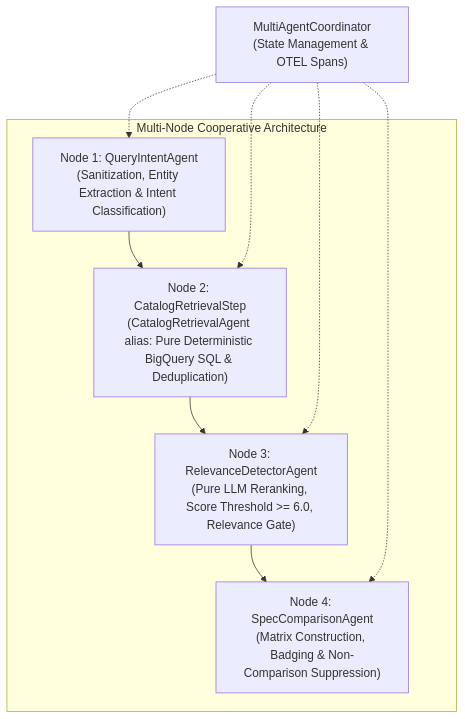
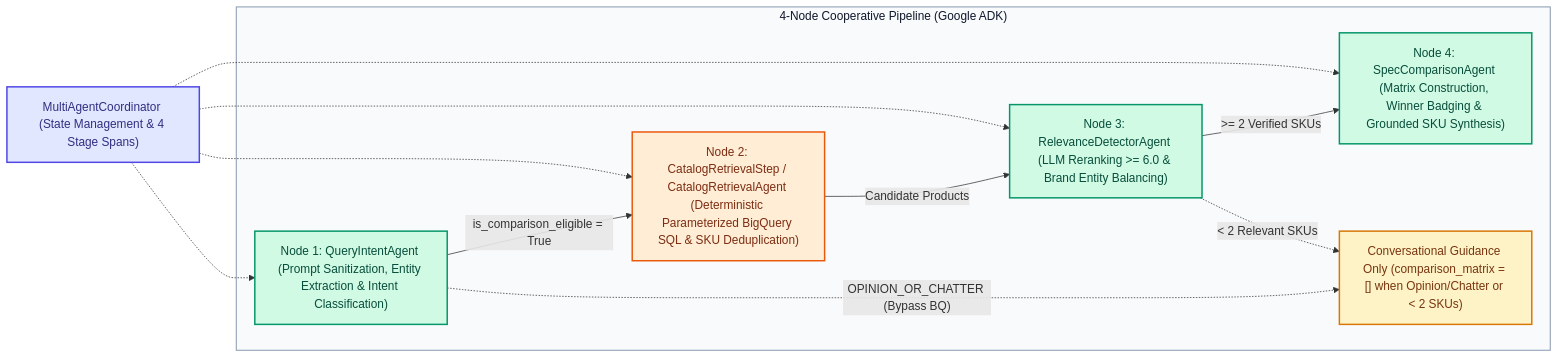
The fourth of 14 diagrams in ARCHITECTURE.md (willie3838/williamc-ecomm-capstone), drawn with Mermaid before and after one commit. The commit also changed other lines of this file and 2 other files, not shown here.

Commit message:
docs: add 6-zone visual architecture diagram, color-coded Mermaid diagrams, and live Cloud Run links to README and ARCHITECTURE

````diff
--- a/ARCHITECTURE.md
+++ b/ARCHITECTURE.md
@@ -215,12 +264,26 @@
 ```mermaid
-flowchart TD
-    subgraph MultiAgent["Multi-Node Cooperative Architecture"]
-        Q["Node 1: QueryIntentAgent\n(Sanitization, Entity Extraction & Intent Classification)"] --> R["Node 2: CatalogRetrievalStep\n(CatalogRetrievalAgent alias: Pure Deterministic BigQuery SQL & Deduplication)"]
-        R --> RD["Node 3: RelevanceDetectorAgent\n(Pure LLM Reranking, Score Threshold >= 6.0, Relevance Gate)"]
-        RD --> S["Node 4: SpecComparisonAgent\n(Matrix Construction, Badging & Non-Comparison Suppression)"]
+flowchart LR
+    classDef coord fill:#e0e7ff,stroke:#4f46e5,stroke-width:2px,color:#312e81
+    classDef llmNode fill:#d1fae5,stroke:#059669,stroke-width:2px,color:#064e3b
+    classDef sqlNode fill:#ffedd5,stroke:#ea580c,stroke-width:2px,color:#7c2d12
+    classDef suppress fill:#fef3c7,stroke:#d97706,stroke-width:2px,color:#78350f
+
+    Coord["MultiAgentCoordinator (State Management & 4 Stage Spans)"]:::coord
+
+    subgraph MultiAgent ["4-Node Cooperative Pipeline (Google ADK)"]
+        Q["Node 1: QueryIntentAgent (Prompt Sanitization, Entity Extraction & Intent Classification)"]:::llmNode
+        R["Node 2: CatalogRetrievalStep / CatalogRetrievalAgent (Deterministic Parameterized BigQuery SQL & SKU Deduplication)"]:::sqlNode
+        RD["Node 3: RelevanceDetectorAgent (LLM Reranking >= 6.0 & Brand Entity Balancing)"]:::llmNode
+        S["Node 4: SpecComparisonAgent (Matrix Construction, Winner Badging & Grounded SKU Synthesis)"]:::llmNode
+        G["Conversational Guidance Only (comparison_matrix = [] when Opinion/Chatter or < 2 SKUs)"]:::suppress
+
+        Q -->|"is_comparison_eligible = True"| R
+        Q -.->|"OPINION_OR_CHATTER (Bypass BQ)"| G
+        R -->|"Candidate Products"| RD
+        RD -->|">= 2 Verified SKUs"| S
+        RD -.->|"< 2 Relevant SKUs"| G
     end
-    Coord["MultiAgentCoordinator\n(State Management & OTEL Spans)"] -.-> Q
-    Coord -.-> R
-    Coord -.-> RD
-    Coord -.-> S
+
+    style MultiAgent fill:#f8fafc,stroke:#94a3b8,stroke-width:1.5px,color:#0f172a
+    Coord -.-> Q & R & RD & S
 ```
````
